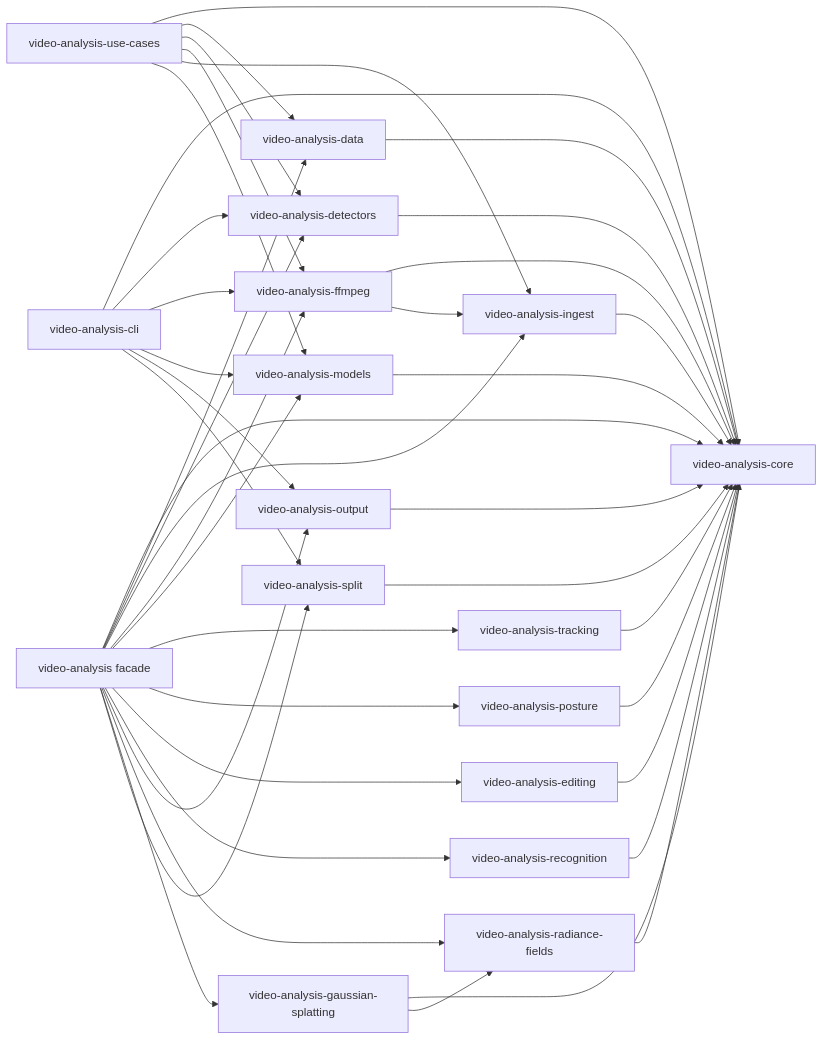
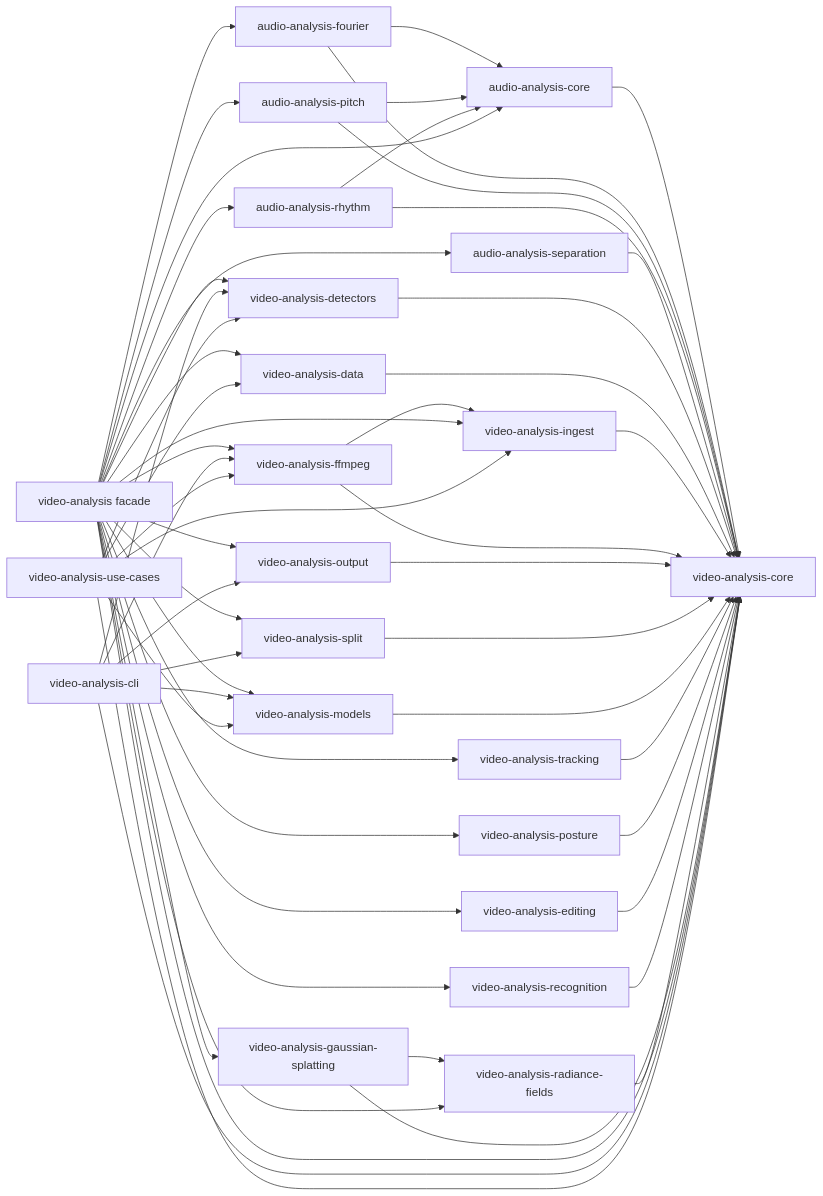
One commit to moritzbrantner/rust-packages changed the diagram in README.md. Above: the diagram before and after it, drawn with Mermaid. The commit also changed other lines of this file and 14 other files, not shown here.

First line of the commit message:
Add audio analysis crates to the workspace

````diff
--- a/README.md
+++ b/README.md
@@ -118,6 +130,11 @@
 ```mermaid
 flowchart LR
     core[video-analysis-core]
+    audiocore[audio-analysis-core]
+    fourier[audio-analysis-fourier]
+    pitch[audio-analysis-pitch]
+    rhythm[audio-analysis-rhythm]
+    separation[audio-analysis-separation]
 
     data[video-analysis-data]
     detectors[video-analysis-detectors]
@@ -136,6 +153,15 @@
     root[video-analysis facade]
     cli[video-analysis-cli]
     usecases[video-analysis-use-cases]
+
+    audiocore --> core
+    fourier --> audiocore
+    fourier --> core
+    pitch --> audiocore
+    pitch --> core
+    rhythm --> audiocore
+    rhythm --> core
+    separation --> core
 
     detectors --> core
     data --> core
@@ -167,6 +193,11 @@
     root --> radiance
     root --> splatting
     root --> split
+    root --> audiocore
+    root --> fourier
+    root --> pitch
+    root --> rhythm
+    root --> separation
 
     cli --> core
     cli --> detectors
````
